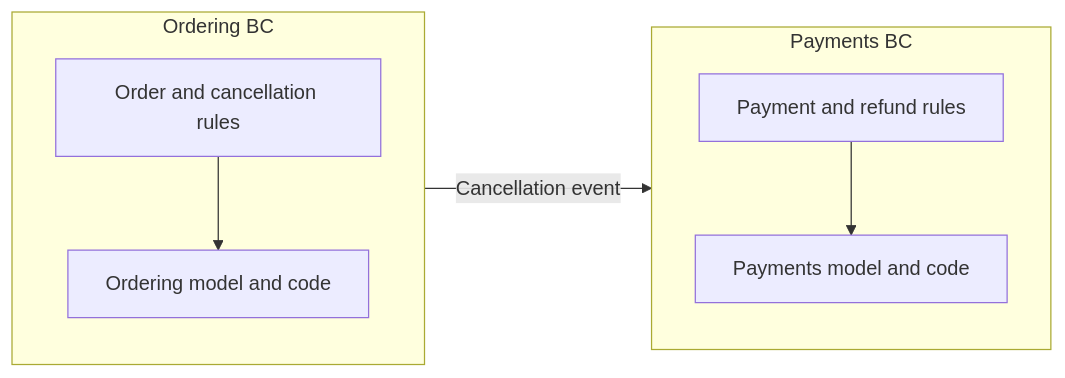
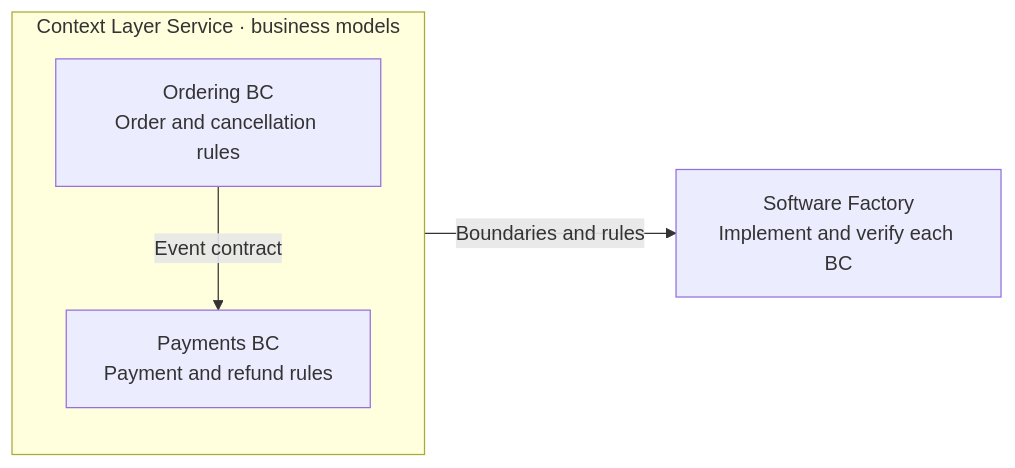
Before and after one commit to haandol/haandol.github.com: the second of 6 diagrams in _en/2026-11-05-enterprise-wide-ax-essentials.md, drawn with Mermaid. The commit also changed other lines of this file and 5 other files, not shown here.

````diff
--- a/_en/2026-11-05-enterprise-wide-ax-essentials.md
+++ b/_en/2026-11-05-enterprise-wide-ax-essentials.md
@@ -86,12 +90,7 @@
 ```mermaid
 flowchart LR
-  subgraph O["Ordering BC"]
-    direction TB
-    OR["Order and cancellation rules"] --> OC["Ordering model and code"]
+  subgraph K["Context Layer Service · business models"]
+    O["Ordering BC<br/>Order and cancellation rules"] -->|"Event contract"| P["Payments BC<br/>Payment and refund rules"]
   end
-  subgraph P["Payments BC"]
-    direction TB
-    PR["Payment and refund rules"] --> PC["Payments model and code"]
-  end
-  O -->|"Cancellation event"| P
+  K -->|"Boundaries and rules"| F["Software Factory<br/>Implement and verify each BC"]
 ```
````
